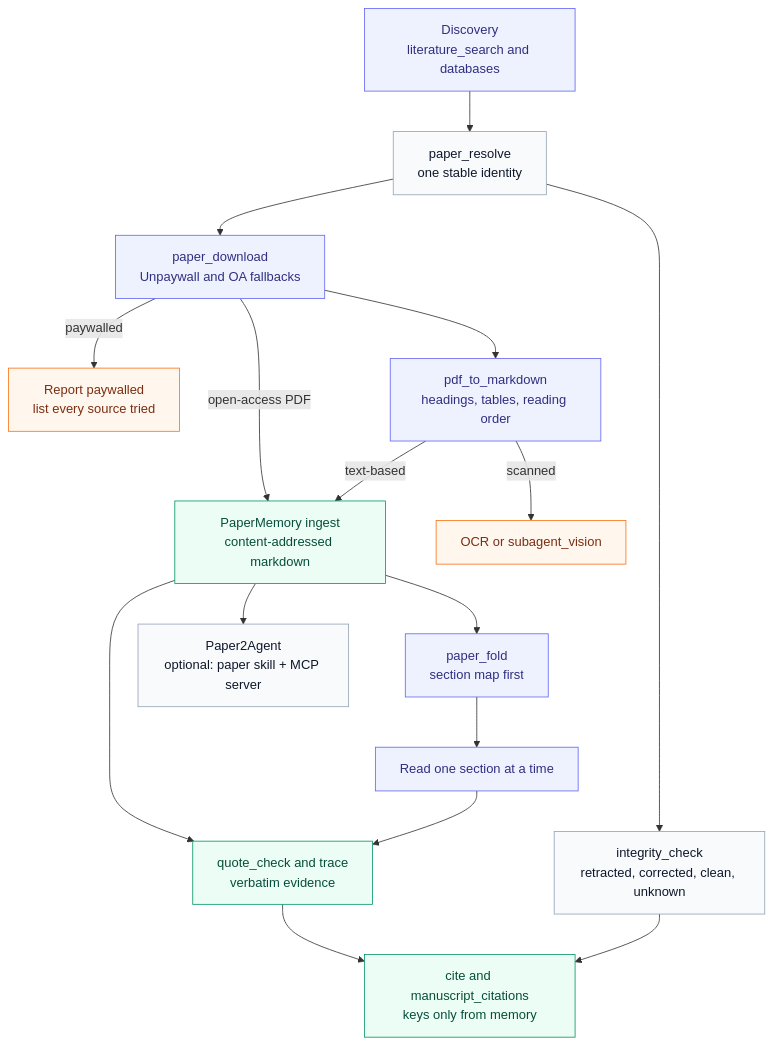
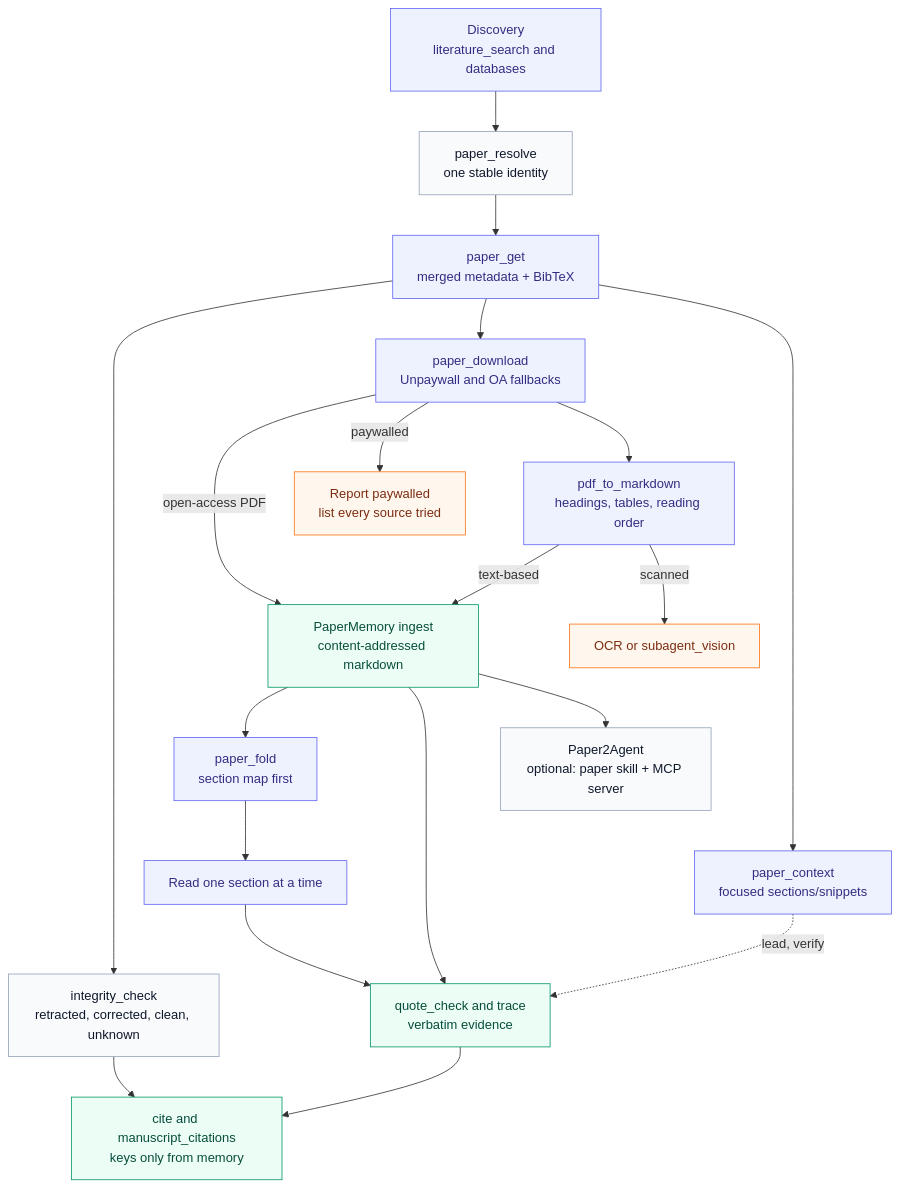
Before and after one commit to raktim-mondol/academic-harness: the diagram in docs/diagrams/paper-pipeline.mmd, drawn with Mermaid. The commit also changed 52 other files, not shown here.

```diff
--- a/docs/diagrams/paper-pipeline.mmd
+++ b/docs/diagrams/paper-pipeline.mmd
@@ -1,28 +1,32 @@
 flowchart TD
   discover[Discovery<br/>literature_search and databases] --> resolve[paper_resolve<br/>one stable identity]
-  resolve --> integrity[integrity_check<br/>retracted, corrected, clean, unknown]
-  resolve --> download[paper_download<br/>Unpaywall and OA fallbacks]
+  resolve --> get[paper_get<br/>merged metadata + BibTeX]
+  get --> integrity[integrity_check<br/>retracted, corrected, clean, unknown]
+  get --> download[paper_download<br/>Unpaywall and OA fallbacks]
+  get --> context[paper_context<br/>focused sections/snippets]
+
+  context -.->|lead, verify| quote[quote_check and trace<br/>verbatim evidence]
 
   download -->|open-access PDF| ingest[PaperMemory ingest<br/>content-addressed markdown]
   download -->|paywalled| paywall[Report paywalled<br/>list every source tried]
   download --> convert[pdf_to_markdown<br/>headings, tables, reading order]
   convert -->|text-based| ingest
   convert -->|scanned| vision[OCR or subagent_vision]
 
   ingest --> fold[paper_fold<br/>section map first]
-  ingest --> quote[quote_check and trace<br/>verbatim evidence]
+  ingest --> quote
   fold --> read[Read one section at a time]
   read --> quote
 
   quote --> cite[cite and manuscript_citations<br/>keys only from memory]
   integrity --> cite
   ingest --> agent[Paper2Agent<br/>optional: paper skill + MCP server]
 
   classDef discovery fill:#eef2ff,stroke:#6366f1,color:#312e81
   classDef evidence fill:#ecfdf5,stroke:#059669,color:#064e3b
   classDef warn fill:#fff7ed,stroke:#f97316,color:#7c2d12
   classDef optional fill:#f8fafc,stroke:#94a3b8,color:#0f172a
-  class discover,download,convert,fold,read discovery
+  class discover,get,context,download,convert,fold,read discovery
   class ingest,quote,cite evidence
   class paywall,vision warn
   class resolve,integrity,agent optional
```
